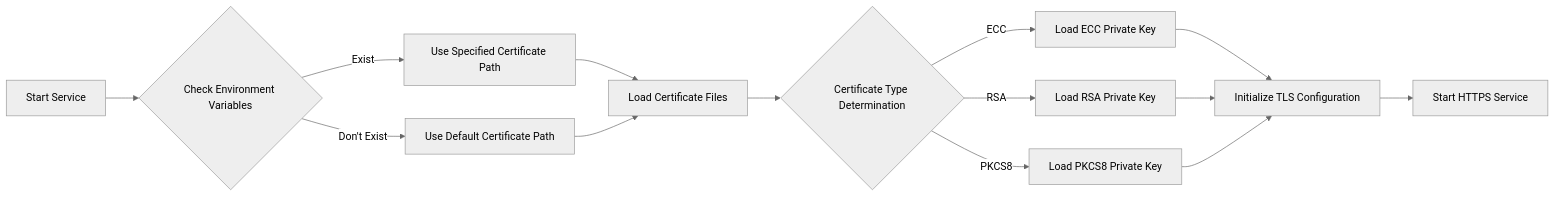
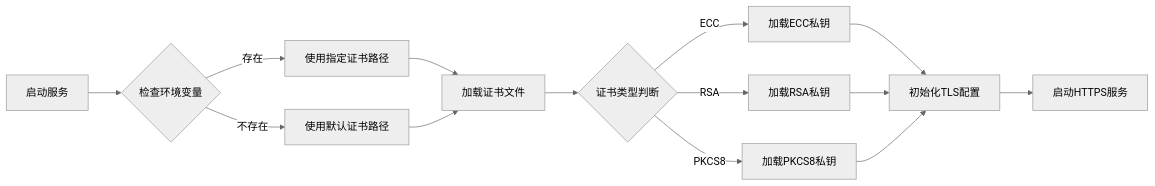
One commit to harrisonwang/docxy changed the third of 3 diagrams in README.md. Above: the diagram before and after it, drawn with Mermaid (neutral theme). The commit also changed other lines of this file and 7 other files, not shown here.

````diff
--- a/README.md
+++ b/README.md
@@ -125,16 +143,16 @@
 ```mermaid
 flowchart LR
-    A[Start Service] --> B{Check Environment Variables}
-    B -->|Exist| C[Use Specified Certificate Path]
-    B -->|Don't Exist| D[Use Default Certificate Path]
-    C --> E[Load Certificate Files]
+    A[启动服务] --> B{检查环境变量}
+    B -->|存在| C[使用指定证书路径]
+    B -->|不存在| D[使用默认证书路径]
+    C --> E[加载证书文件]
     D --> E
-    E --> F{Certificate Type Determination}
-    F -->|ECC| G[Load ECC Private Key]
-    F -->|RSA| H[Load RSA Private Key]
-    F -->|PKCS8| I[Load PKCS8 Private Key]
-    G --> J[Initialize TLS Configuration]
+    E --> F{证书类型判断}
+    F -->|ECC| G[加载ECC私钥]
+    F -->|RSA| H[加载RSA私钥]
+    F -->|PKCS8| I[加载PKCS8私钥]
+    G --> J[初始化TLS配置]
     H --> J
     I --> J
-    J --> K[Start HTTPS Service]
+    J --> K[启动HTTPS服务]
 ```
````
